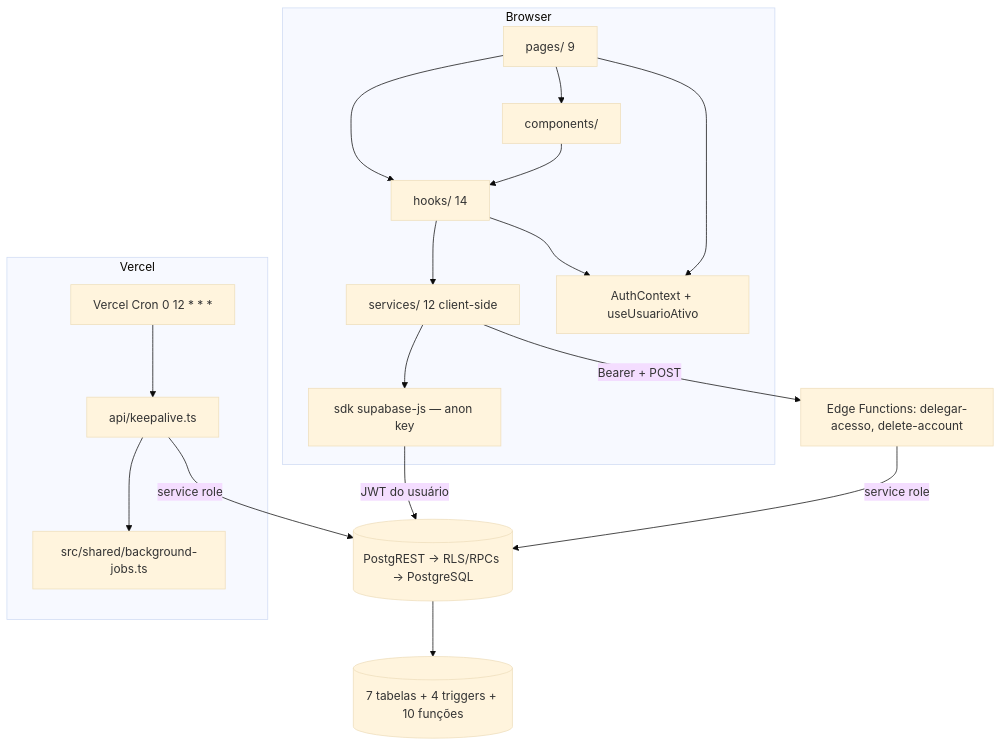
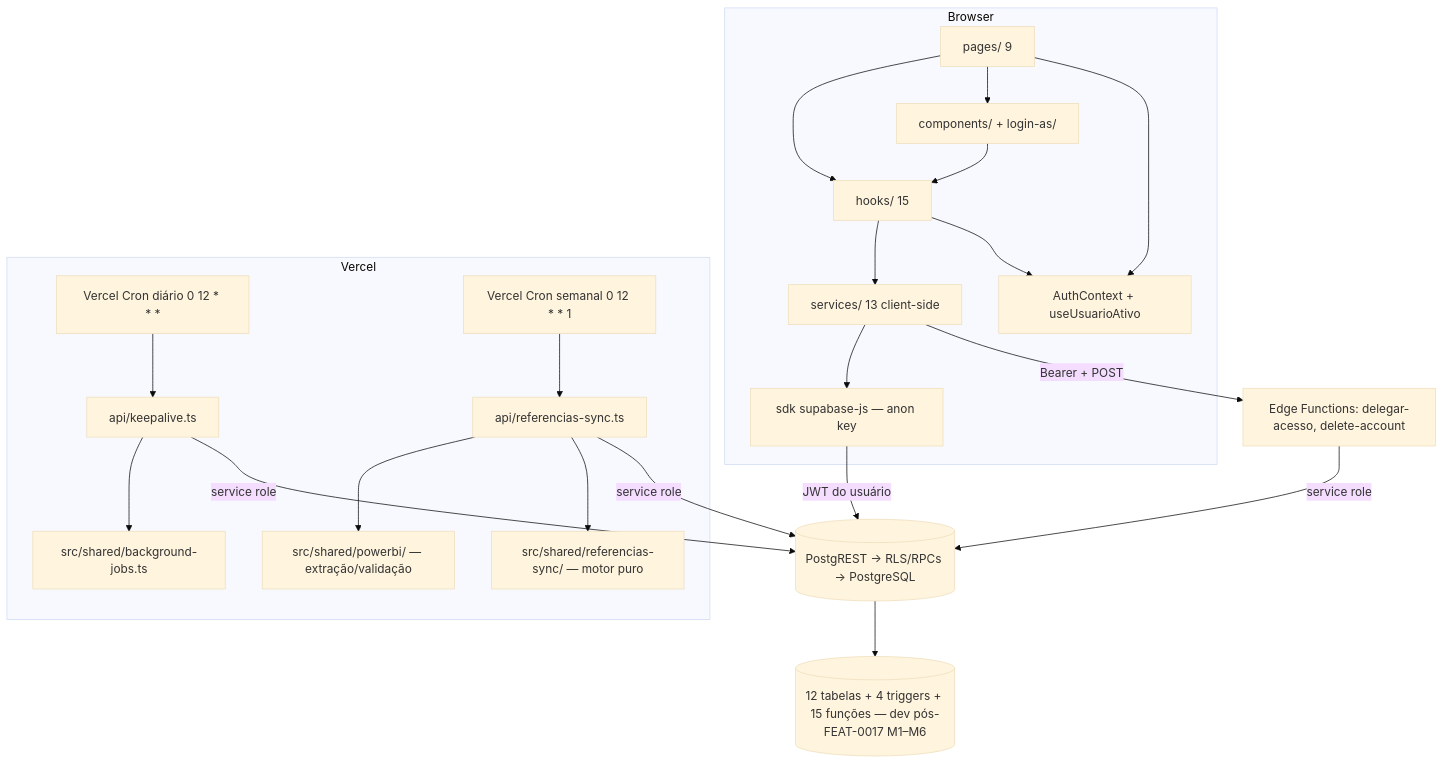
One commit to lucasmm96/meufenil changed the diagram in wiki/Arquitetura.md. Above: the diagram before and after it, drawn with Mermaid (base theme). The commit also changed other lines of this file and 5 other files, not shown here.

````diff
--- a/wiki/Arquitetura.md
+++ b/wiki/Arquitetura.md
@@ -27,21 +27,25 @@
 ```mermaid
 flowchart TB
     subgraph Browser
-        P[pages/ 9] --> H[hooks/ 14]
-        P --> C[components/]
+        P[pages/ 9] --> H[hooks/ 15]
+        P --> C[components/ + login-as/]
         C --> H
-        H --> S[services/ 12 client-side]
+        H --> S[services/ 13 client-side]
         S --> SUP[sdk supabase-js — anon key]
         P --> AU[AuthContext + useUsuarioAtivo]
         H --> AU
     end
     SUP -->|JWT do usuário| PG[(PostgREST → RLS/RPCs → PostgreSQL)]
     S -->|Bearer + POST| ED[Edge Functions: delegar-acesso, delete-account]
     ED -->|service role| PG
     subgraph Vercel
-        CRON[Vercel Cron 0 12 * * *] --> KEEP[api/keepalive.ts]
+        CRON[Vercel Cron diário 0 12 * * *] --> KEEP[api/keepalive.ts]
         KEEP --> BJ[src/shared/background-jobs.ts]
+        CRONW[Vercel Cron semanal 0 12 * * 1] --> SYNC[api/referencias-sync.ts]
+        SYNC --> PBI[src/shared/powerbi/ — extração/validação]
+        SYNC --> MOT[src/shared/referencias-sync/ — motor puro]
     end
     KEEP -->|service role| PG
-    PG --> TAB[(7 tabelas + 4 triggers + 10 funções)]
+    SYNC -->|service role| PG
+    PG --> TAB[(12 tabelas + 4 triggers + 15 funções — dev pós-FEAT-0017 M1–M6)]
 ```
````
